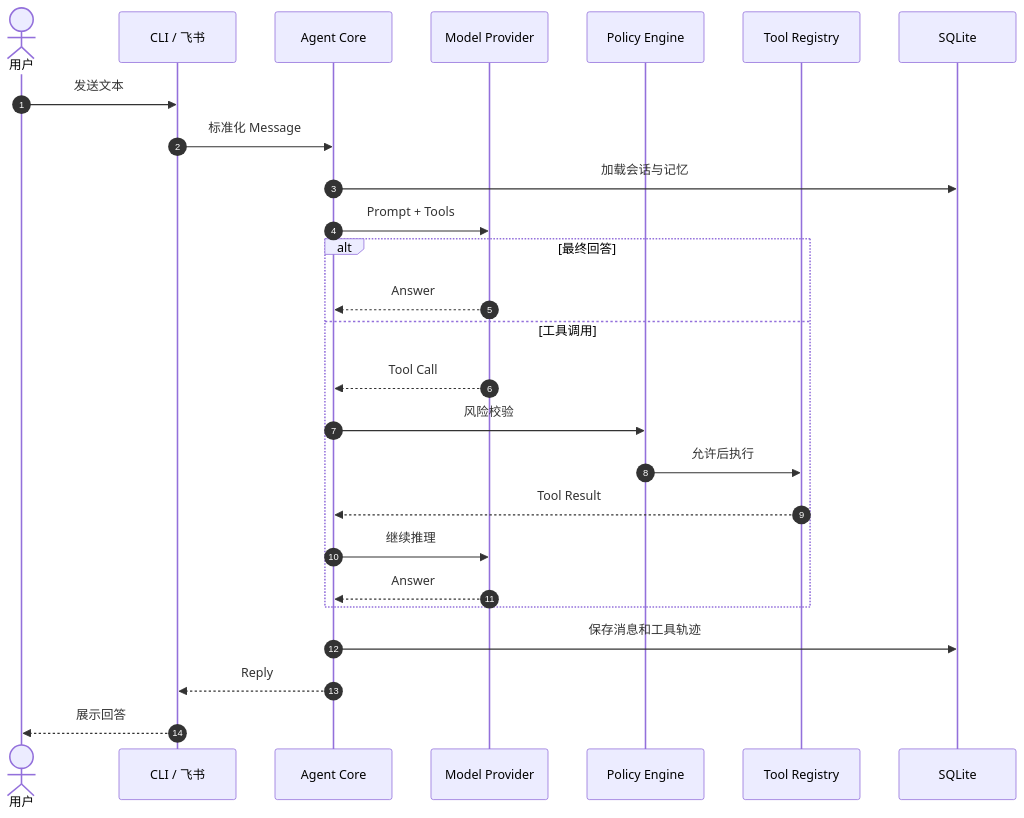
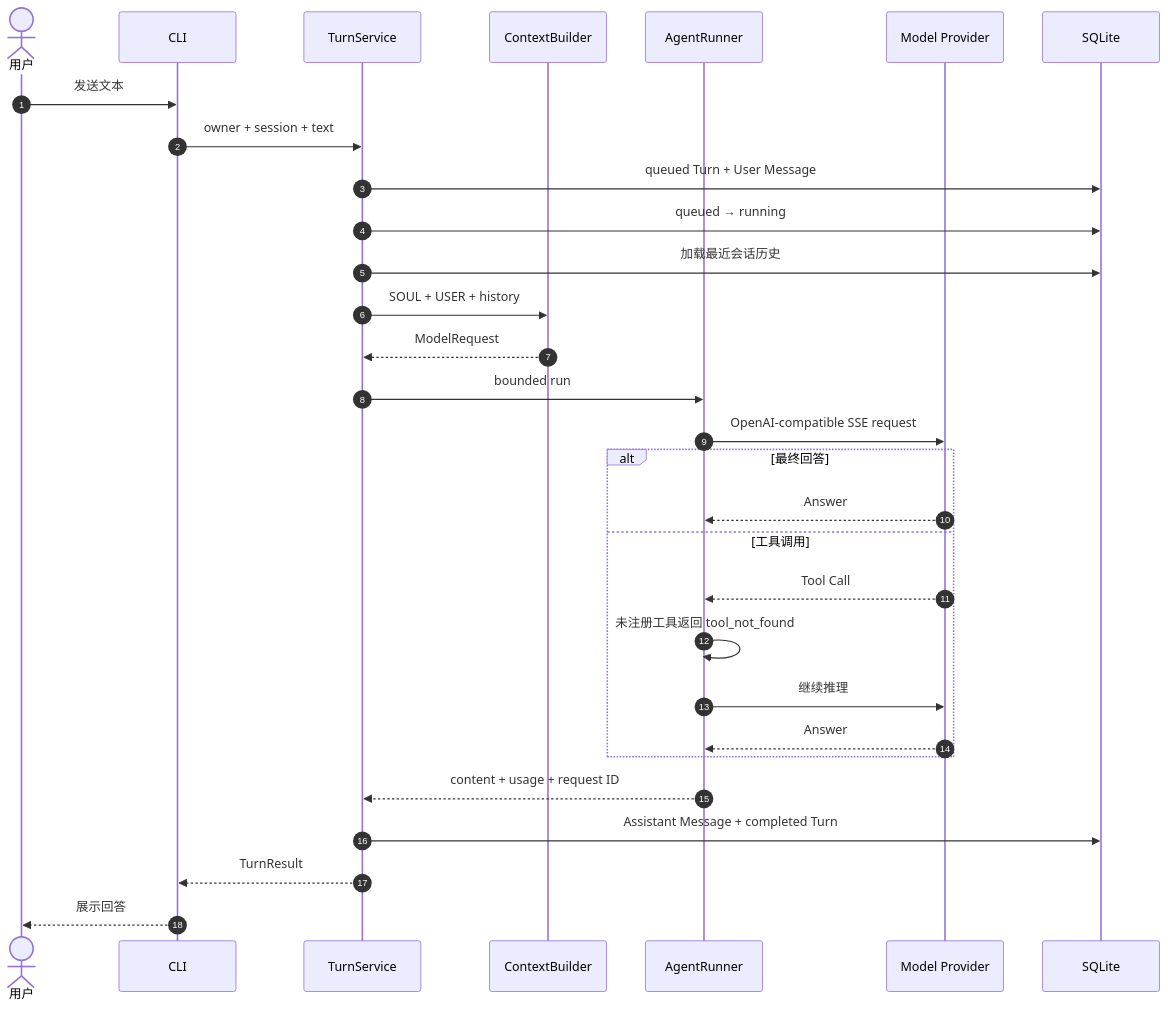
One commit to NEDONION/lobster0 changed the third of 4 diagrams in docs/architecture/20260807_系统架构.md. Above: the diagram before and after it, drawn with Mermaid. The commit also changed other lines of this file and 9 other files, not shown here.

Commit message:
feat: complete cli agent loop

````diff
--- a/docs/architecture/20260807_系统架构.md
+++ b/docs/architecture/20260807_系统架构.md
@@ -67,29 +85,33 @@
 ```mermaid
 sequenceDiagram
     autonumber
     actor User as 用户
-    participant Channel as CLI / 飞书
-    participant Agent as Agent Core
+    participant Channel as CLI
+    participant Turn as TurnService
+    participant Context as ContextBuilder
+    participant Agent as AgentRunner
     participant Model as Model Provider
-    participant Policy as Policy Engine
-    participant Tool as Tool Registry
     participant Store as SQLite
 
     User->>Channel: 发送文本
-    Channel->>Agent: 标准化 Message
-    Agent->>Store: 加载会话与记忆
-    Agent->>Model: Prompt + Tools
+    Channel->>Turn: owner + session + text
+    Turn->>Store: queued Turn + User Message
+    Turn->>Store: queued → running
+    Turn->>Store: 加载最近会话历史
+    Turn->>Context: SOUL + USER + history
+    Context-->>Turn: ModelRequest
+    Turn->>Agent: bounded run
+    Agent->>Model: OpenAI-compatible SSE request
     alt 最终回答
         Model-->>Agent: Answer
     else 工具调用
         Model-->>Agent: Tool Call
-        Agent->>Policy: 风险校验
-        Policy->>Tool: 允许后执行
-        Tool-->>Agent: Tool Result
+        Agent->>Agent: 未注册工具返回 tool_not_found
         Agent->>Model: 继续推理
         Model-->>Agent: Answer
     end
-    Agent->>Store: 保存消息和工具轨迹
-    Agent-->>Channel: Reply
+    Agent-->>Turn: content + usage + request ID
+    Turn->>Store: Assistant Message + completed Turn
+    Turn-->>Channel: TurnResult
     Channel-->>User: 展示回答
 ```
````
